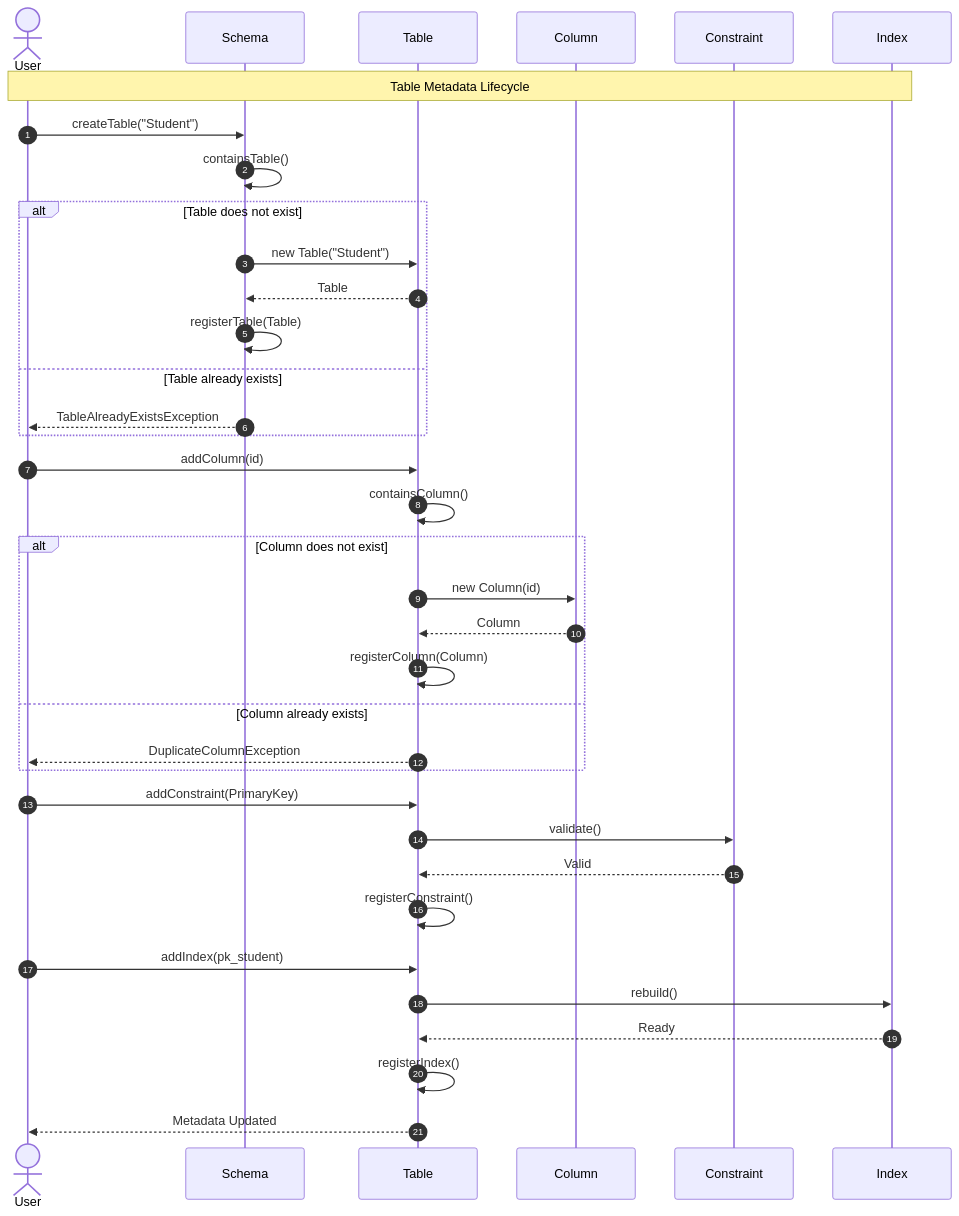
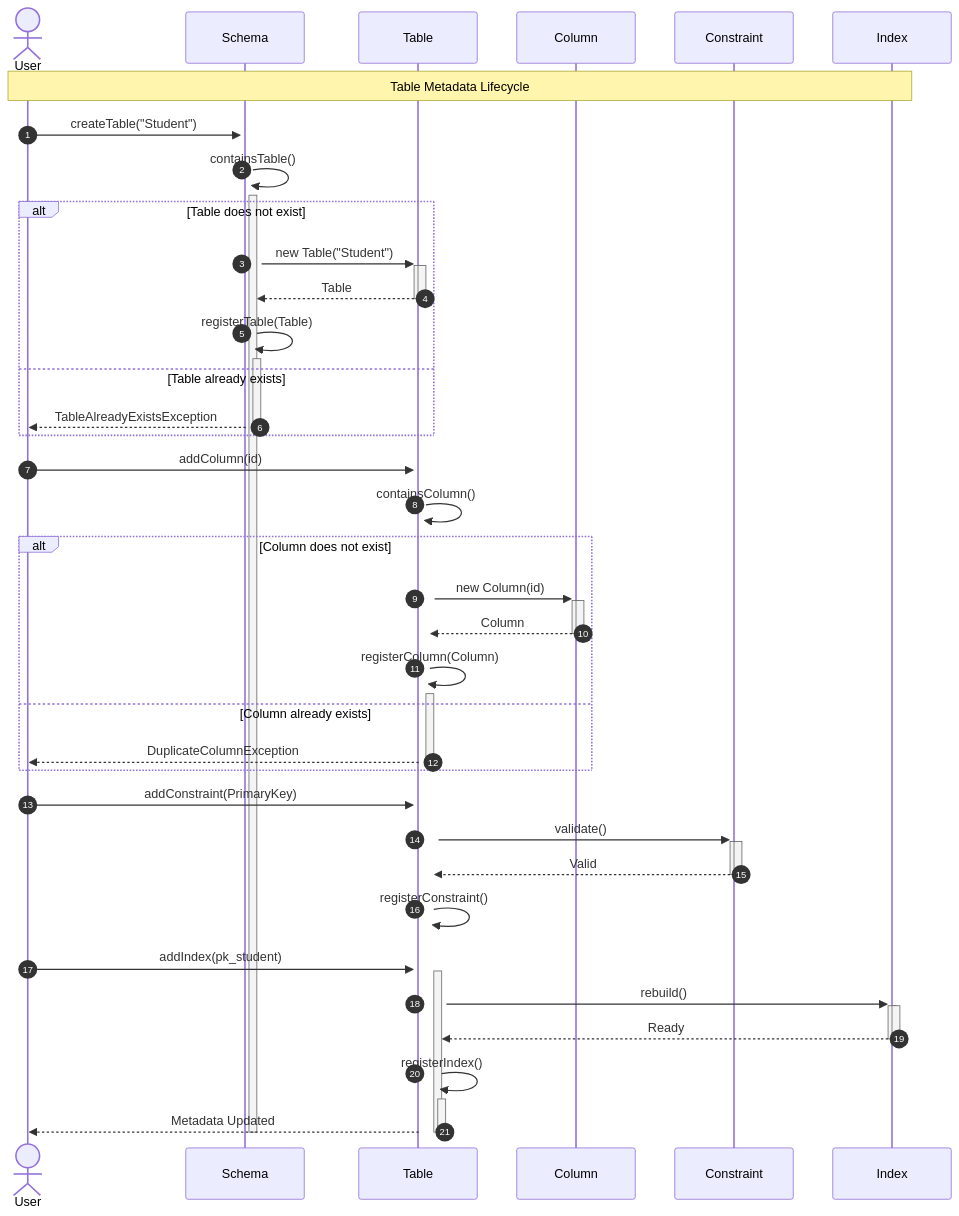
The diagram in docs/sequece_diagram/metadata/detail/TableLifeCycle.md (Dikhang1112/Database_Management_BBV), drawn with Mermaid before and after one commit. The commit also changed 12 other files, not shown here.

Commit message:
Refactor sequece diagram

````diff
--- a/docs/sequece_diagram/metadata/detail/TableLifeCycle.md
+++ b/docs/sequece_diagram/metadata/detail/TableLifeCycle.md
@@ -1,51 +1,63 @@
 ```mermaid
 sequenceDiagram
     autonumber
 
     actor User
     participant Schema
     participant Table
     participant Column
     participant Constraint
     participant Index
 
     Note over User,Index: Table Metadata Lifecycle
 
-    User->>Schema: createTable("Student")
+    User->>+Schema: createTable("Student")
+    activate Schema
 
-    Schema->>Schema: containsTable()
+    Schema->>+Schema: containsTable()
 
     alt Table does not exist
-        Schema->>Table: new Table("Student")
-        Table-->>Schema: Table
-        Schema->>Schema: registerTable(Table)
+        Schema->>+Table: new Table("Student")
+        activate Table
+        Table-->>-Schema: Table
+        deactivate Table
+        Schema->>+Schema: registerTable(Table)
     else Table already exists
-        Schema-->>User: TableAlreadyExistsException
+        Schema-->>-User: TableAlreadyExistsException
     end
 
-    User->>Table: addColumn(id)
+    User->>+Table: addColumn(id)
+    activate Table
 
-    Table->>Table: containsColumn()
+    Table->>+Table: containsColumn()
 
     alt Column does not exist
-        Table->>Column: new Column(id)
-        Column-->>Table: Column
-        Table->>Table: registerColumn(Column)
+        Table->>+Column: new Column(id)
+        activate Column
+        Column-->>-Table: Column
+        deactivate Column
+        Table->>+Table: registerColumn(Column)
     else Column already exists
-        Table-->>User: DuplicateColumnException
+        Table-->>-User: DuplicateColumnException
     end
 
-    User->>Table: addConstraint(PrimaryKey)
+    User->>+Table: addConstraint(PrimaryKey)
 
-    Table->>Constraint: validate()
-    Constraint-->>Table: Valid
-    Table->>Table: registerConstraint()
+    Table->>+Constraint: validate()
+    activate Constraint
+    Constraint-->>-Table: Valid
+    deactivate Constraint
+    Table->>+Table: registerConstraint()
 
-    User->>Table: addIndex(pk_student)
+    User->>+Table: addIndex(pk_student)
 
-    Table->>Index: rebuild()
-    Index-->>Table: Ready
-    Table->>Table: registerIndex()
+    Table->>+Index: rebuild()
+    activate Index
+    Index-->>-Table: Ready
+    deactivate Index
+    Table->>+Table: registerIndex()
 
-    Table-->>User: Metadata Updated
+    Table-->>-User: Metadata Updated
+    deactivate Table
+    deactivate Schema
 ```
````
